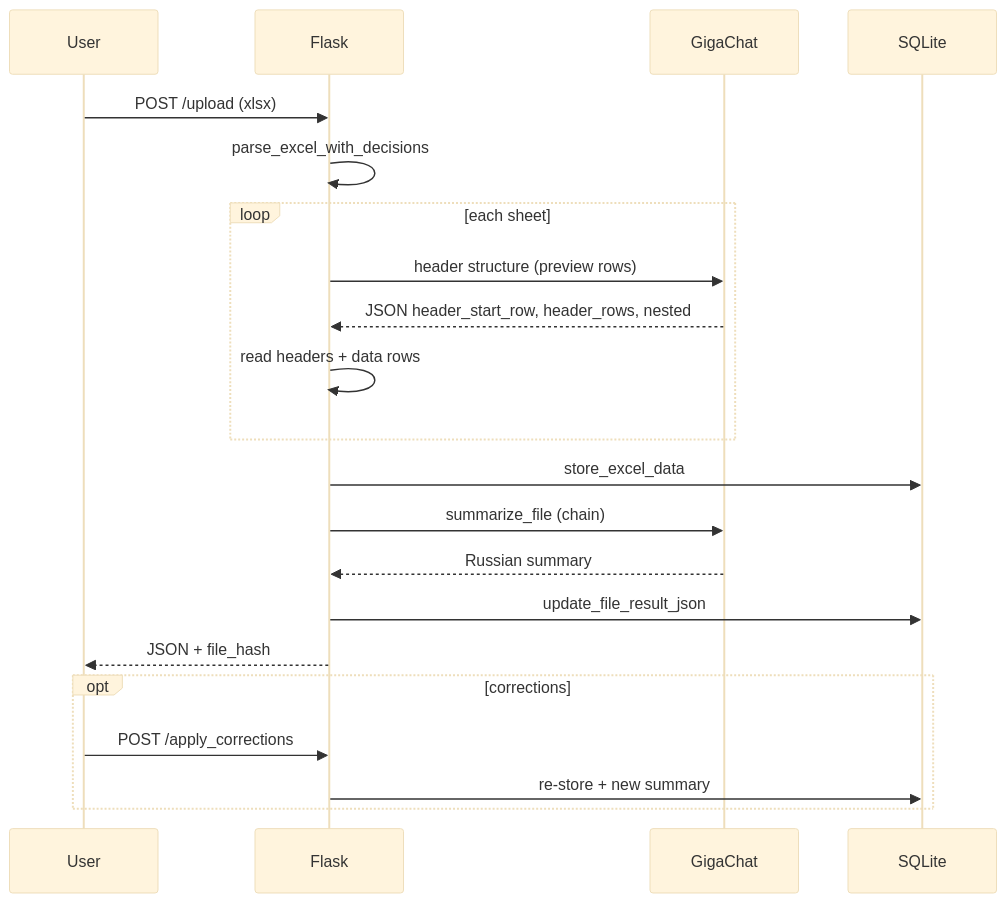
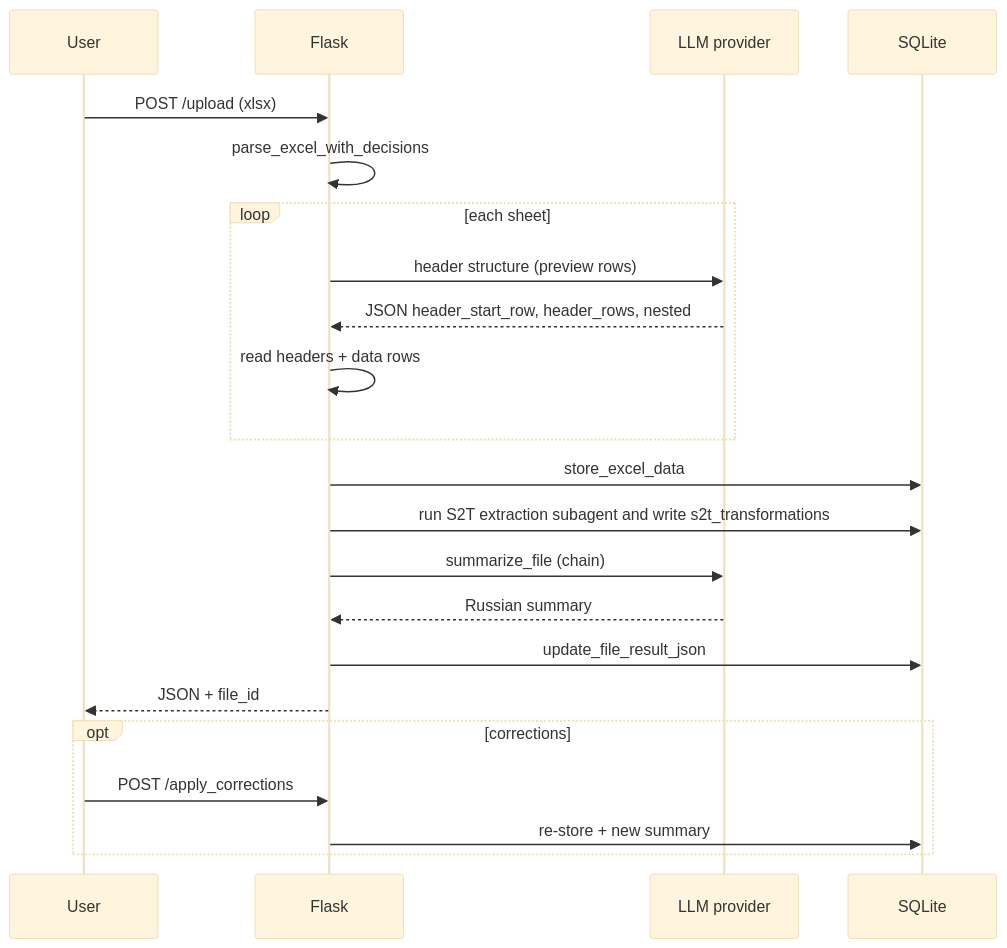
The second of 4 diagrams in README.md (Sasyami/ETL-S2T-Parser), drawn with Mermaid (base theme) before and after one commit. The commit also changed other lines of this file and 92 other files, not shown here.

````diff
--- a/README.md
+++ b/README.md
@@ -75,23 +76,24 @@
 ```mermaid
 sequenceDiagram
   participant U as User
   participant F as Flask
-  participant G as GigaChat
+  participant G as LLM provider
   participant D as SQLite
   U->>F: POST /upload (xlsx)
   F->>F: parse_excel_with_decisions
   loop each sheet
     F->>G: header structure (preview rows)
     G-->>F: JSON header_start_row, header_rows, nested
     F->>F: read headers + data rows
   end
   F->>D: store_excel_data
+  F->>D: run S2T extraction subagent and write s2t_transformations
   F->>G: summarize_file (chain)
   G-->>F: Russian summary
   F->>D: update_file_result_json
-  F-->>U: JSON + file_hash
+  F-->>U: JSON + file_id
   opt corrections
     U->>F: POST /apply_corrections
     F->>D: re-store + new summary
   end
 ```
````
